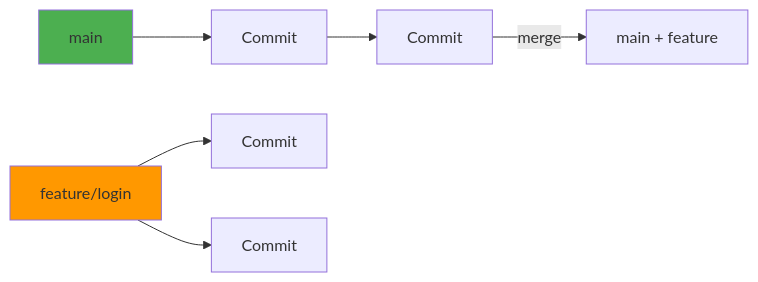
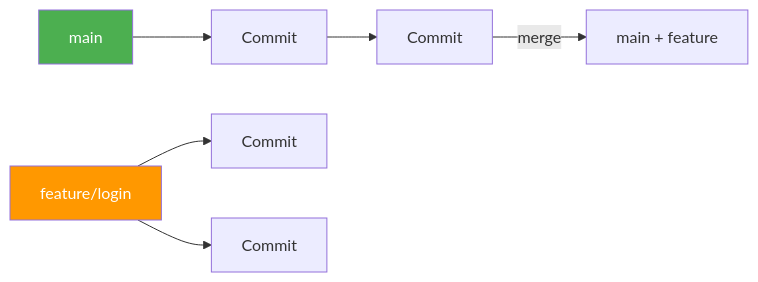
Before and after one commit to joseluisgs/DesarrolloWebEntornosServidor-01-2026-2027: the eighth of 10 diagrams in csharp_inicial/01-ControlVersiones.md, drawn with Mermaid. The commit also changed other lines of this file and 66 other files, not shown here.

First line of the commit message:
fix: normalizar titulos al castellano de frase y corregir la paleta de mermaid

````diff
--- a/csharp_inicial/01-ControlVersiones.md
+++ b/csharp_inicial/01-ControlVersiones.md
@@ -261,13 +261,13 @@
 ```mermaid
 graph LR
     M["main"] --> C1["Commit"]
     C1 --> C2["Commit"]
     
     F["feature/login"] --> C3["Commit"]
     F --> C4["Commit"]
     
     C2 -->|merge| M2["main + feature"]
     
-    style M fill:#4CAF50
-    style F fill:#FF9800
+    style M fill:#4CAF50,color:#fff
+    style F fill:#FF9800,color:#fff
 ```
````
